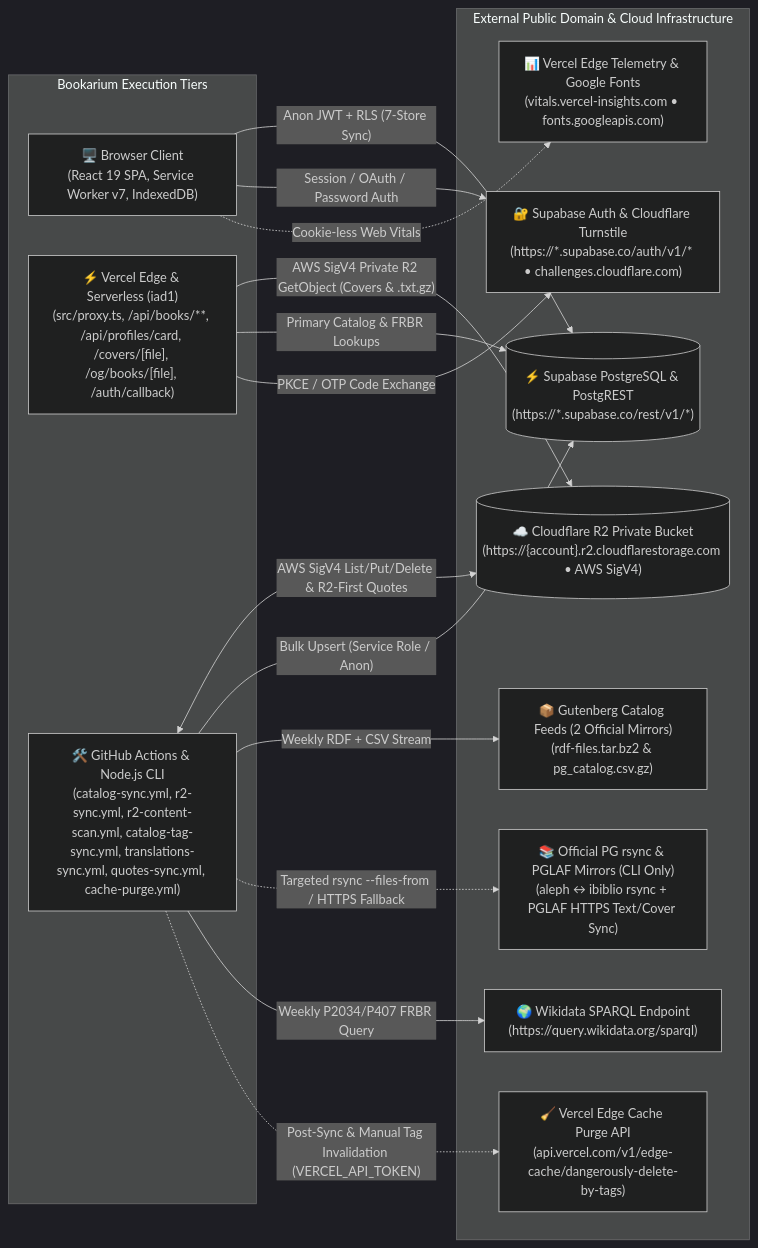
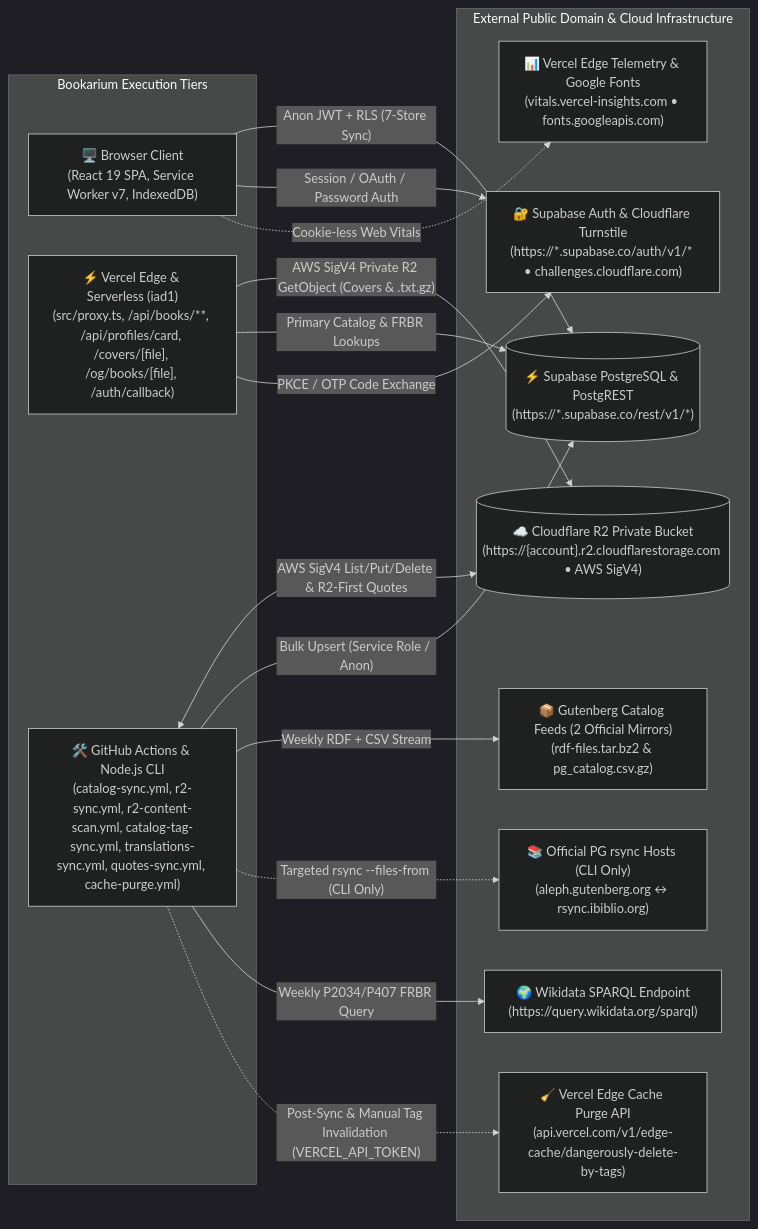
One commit to calin-m/Bookarium changed the first of 4 diagrams in docs/architecture/integrations-failure-and-ops.md. Above: the diagram before and after it, drawn with Mermaid (dark theme). The commit also changed other lines of this file and 49 other files, not shown here.

````diff
--- a/docs/architecture/integrations-failure-and-ops.md
+++ b/docs/architecture/integrations-failure-and-ops.md
@@ -28,32 +28,32 @@
 ```mermaid
 flowchart LR
     subgraph BookariumRuntime ["Bookarium Execution Tiers"]
         BrowserTier["🖥️ Browser Client\n(React 19 SPA, Service Worker v7, IndexedDB)"]
         EdgeTier["⚡ Vercel Edge & Serverless (iad1)\n(src/proxy.ts, /api/books/**, /api/profiles/card, /covers/[file], /og/books/[file], /auth/callback)"]
         CLITier["🛠️ GitHub Actions & Node.js CLI\n(catalog-sync.yml, r2-sync.yml, r2-content-scan.yml, catalog-tag-sync.yml, translations-sync.yml, quotes-sync.yml, cache-purge.yml)"]
     end
 
     subgraph ExternalSystems ["External Public Domain & Cloud Infrastructure"]
         CloudflareR2[("☁️ Cloudflare R2 Private Bucket\n(https://{account}.r2.cloudflarestorage.com • AWS SigV4)")]
         SupaDB[("⚡ Supabase PostgreSQL & PostgREST\n(https://*.supabase.co/rest/v1/*)")]
         SupaAuth["🔐 Supabase Auth & Cloudflare Turnstile\n(https://*.supabase.co/auth/v1/* • challenges.cloudflare.com)"]
-        GutenbergMirrors["📚 Official PG rsync & PGLAF Mirrors (CLI Only)\n(aleph ↔ ibiblio rsync + PGLAF HTTPS Text/Cover Sync)"]
+        GutenbergMirrors["📚 Official PG rsync Hosts (CLI Only)\n(aleph.gutenberg.org ↔ rsync.ibiblio.org)"]
         GutenbergFeeds["📦 Gutenberg Catalog Feeds (2 Official Mirrors)\n(rdf-files.tar.bz2 & pg_catalog.csv.gz)"]
         WikidataAPI["🌍 Wikidata SPARQL Endpoint\n(https://query.wikidata.org/sparql)"]
         VercelCacheAPI["🧹 Vercel Edge Cache Purge API\n(api.vercel.com/v1/edge-cache/dangerously-delete-by-tags)"]
         VercelRUM["📊 Vercel Edge Telemetry & Google Fonts\n(vitals.vercel-insights.com • fonts.googleapis.com)"]
     end
 
     BrowserTier -->|"Anon JWT + RLS (7-Store Sync)"| SupaDB
     BrowserTier -->|"Session / OAuth / Password Auth"| SupaAuth
     BrowserTier -.->|"Cookie-less Web Vitals"| VercelRUM
     EdgeTier -->|"AWS SigV4 Private R2 GetObject (Covers & .txt.gz)"| CloudflareR2
     EdgeTier -->|"Primary Catalog & FRBR Lookups"| SupaDB
     EdgeTier -->|"PKCE / OTP Code Exchange"| SupaAuth
     CLITier <-->|"AWS SigV4 List/Put/Delete & R2-First Quotes"| CloudflareR2
     CLITier -->|"Bulk Upsert (Service Role / Anon)"| SupaDB
     CLITier -->|"Weekly RDF + CSV Stream"| GutenbergFeeds
-    CLITier -.->|"Targeted rsync --files-from / HTTPS Fallback"| GutenbergMirrors
+    CLITier -.->|"Targeted rsync --files-from (CLI Only)"| GutenbergMirrors
     CLITier -->|"Weekly P2034/P407 FRBR Query"| WikidataAPI
     CLITier -.->|"Post-Sync & Manual Tag Invalidation (VERCEL_API_TOKEN)"| VercelCacheAPI
 ```
````
